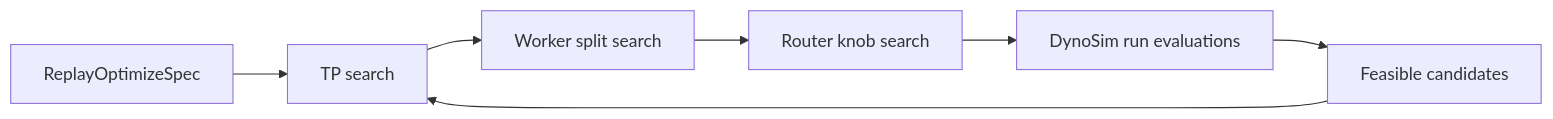
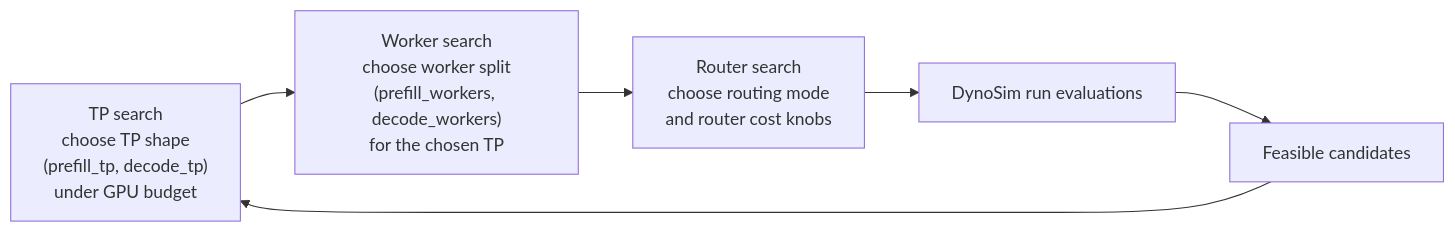
One commit to ai-dynamo/dynamo changed the diagram in docs/dynosim/sweeps.md. Above: the diagram before and after it, drawn with Mermaid. The commit also changed other lines of this file and 1 other file, not shown here.

````diff
--- a/docs/dynosim/sweeps.md
+++ b/docs/dynosim/sweeps.md
@@ -22,9 +34,8 @@
 ```mermaid
 flowchart LR
-    S["ReplayOptimizeSpec"] --> T["TP search"]
-    T --> W["Worker split search"]
-    W --> R["Router knob search"]
-    R --> E["DynoSim run evaluations"]
-    E --> C["Feasible candidates"]
-    C --> T
+    A["TP search<br/>choose TP shape<br/>(prefill_tp, decode_tp)<br/>under GPU budget"] --> B["Worker search<br/>choose worker split<br/>(prefill_workers, decode_workers)<br/>for the chosen TP"]
+    B --> C["Router search<br/>choose routing mode<br/>and router cost knobs"]
+    C --> D["DynoSim run evaluations"]
+    D --> E["Feasible candidates"]
+    E --> A
 ```
````
